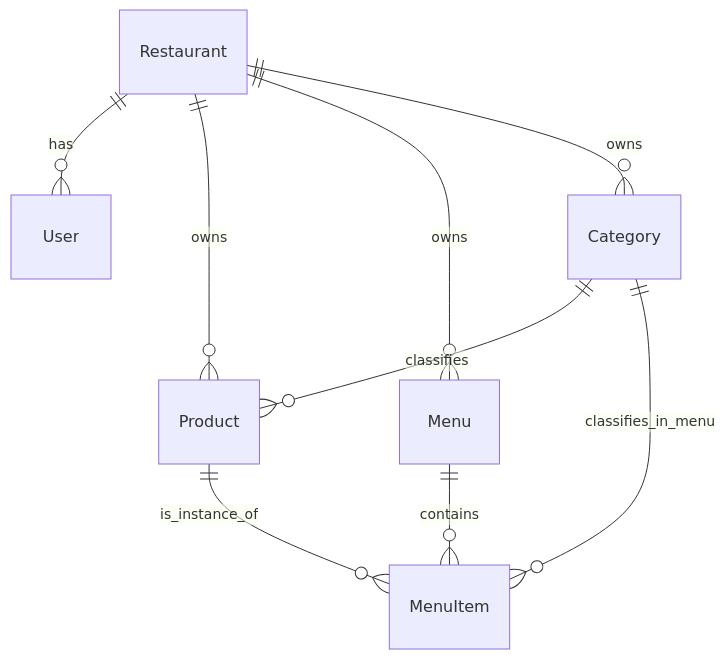
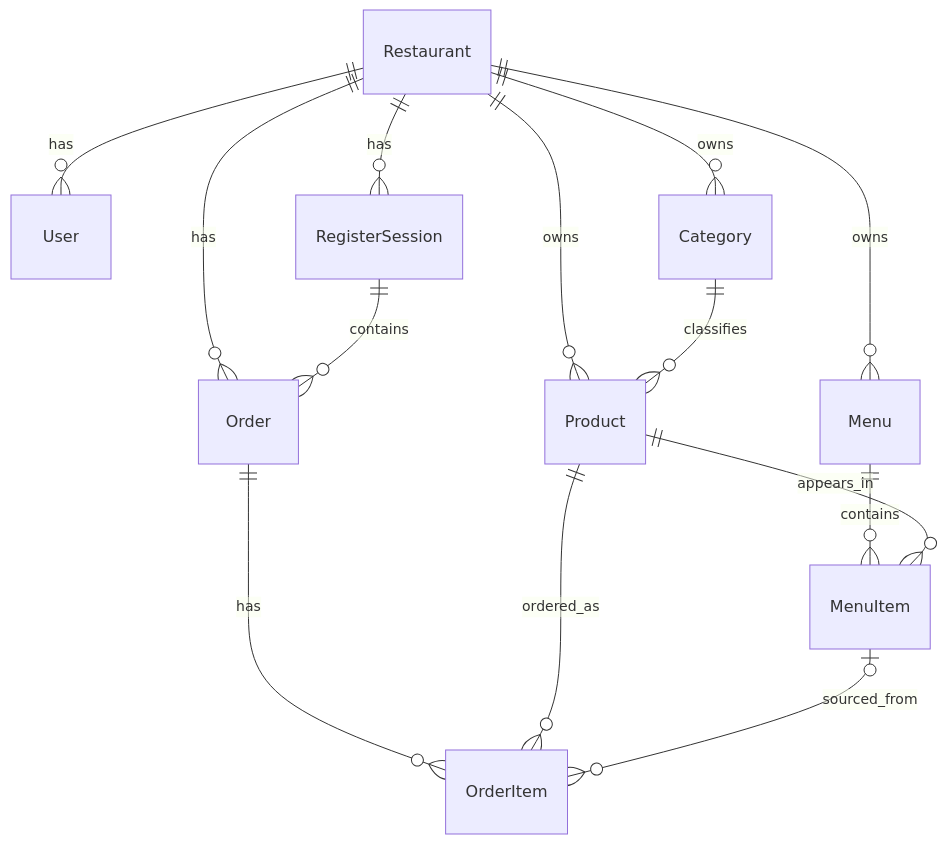
Before and after one commit to ronnymedina/restaurant-automation: the diagram in apps/api-core/docs/database_schema.md, drawn with Mermaid. The commit also changed other lines of this file and 77 other files, not shown here.

````diff
--- a/apps/api-core/docs/database_schema.md
+++ b/apps/api-core/docs/database_schema.md
@@ -63,13 +121,19 @@
 ```mermaid
 erDiagram
     Restaurant ||--o{ User : has
     Restaurant ||--o{ Product : owns
     Restaurant ||--o{ Menu : owns
     Restaurant ||--o{ Category : owns
-    
+    Restaurant ||--o{ Order : has
+    Restaurant ||--o{ RegisterSession : has
+
     Category ||--o{ Product : classifies
-    Category ||--o{ MenuItem : classifies_in_menu
-    
+
     Menu ||--o{ MenuItem : contains
-    Product ||--o{ MenuItem : is_instance_of
+    Product ||--o{ MenuItem : appears_in
+
+    RegisterSession ||--o{ Order : contains
+    Order ||--o{ OrderItem : has
+    Product ||--o{ OrderItem : ordered_as
+    MenuItem |o--o{ OrderItem : sourced_from
 ```
````
